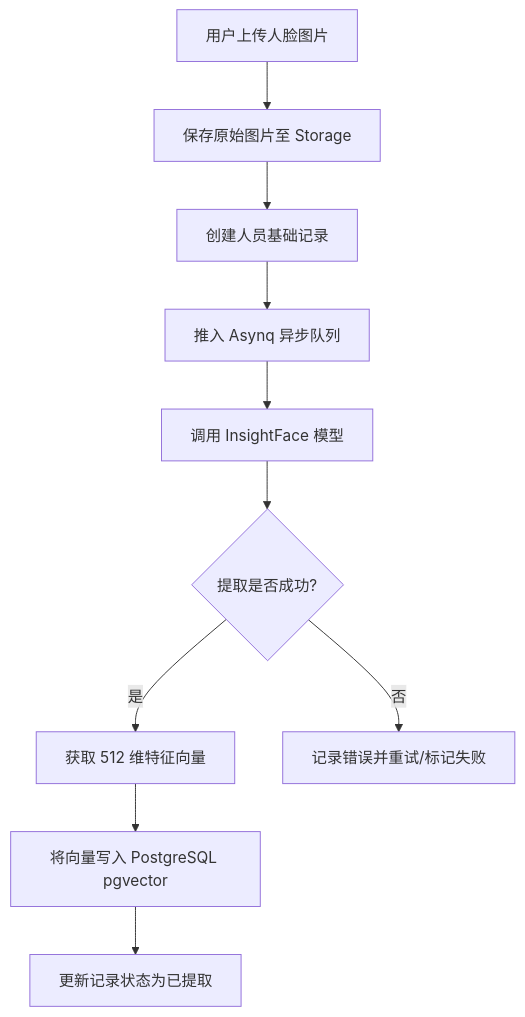
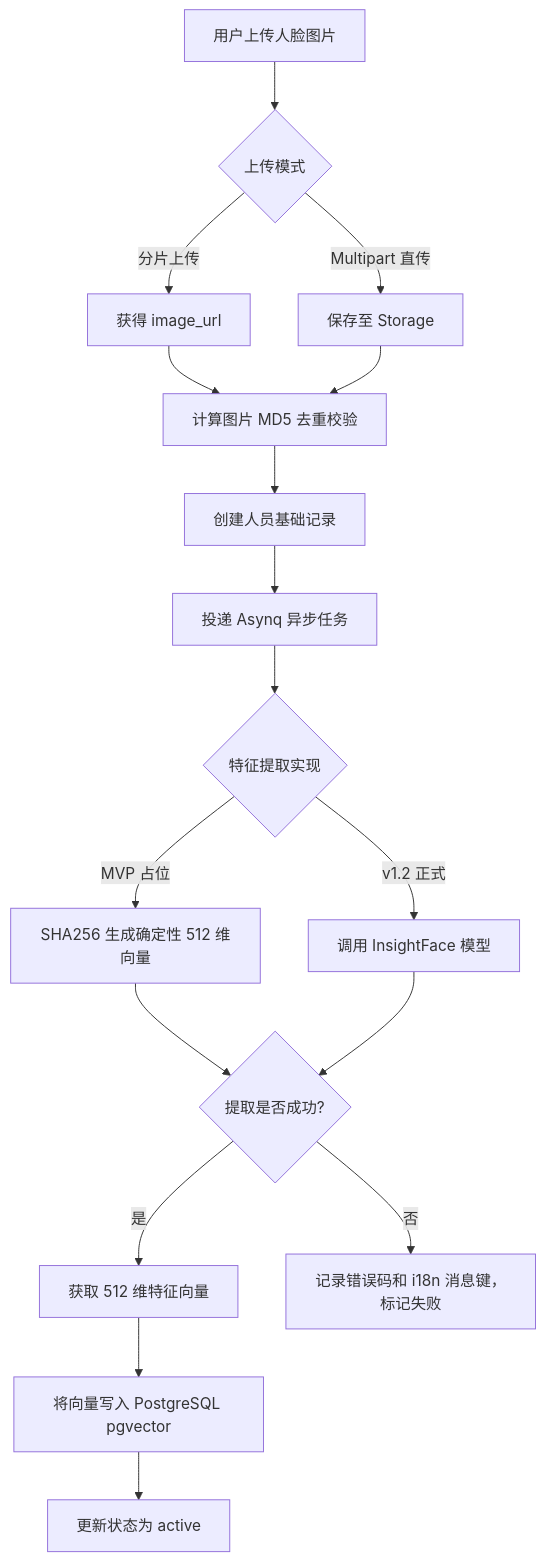
Before and after one commit to nikonikowuw/aivisioninference: the first of 8 diagrams in prd/prd-draft.md, drawn with Mermaid. The commit also changed other lines of this file, not shown here.

````diff
--- a/prd/prd-draft.md
+++ b/prd/prd-draft.md
@@ -504,12 +509,19 @@
 ```mermaid
 graph TD
-    A[用户上传人脸图片] --> B[保存原始图片至 Storage]
-    B --> C[创建人员基础记录]
-    C --> D[推入 Asynq 异步队列]
-    D --> E[调用 InsightFace 模型]
-    E --> F{提取是否成功?}
-    F -->|是| G[获取 512 维特征向量]
-    G --> H[将向量写入 PostgreSQL pgvector]
-    H --> I[更新记录状态为已提取]
-    F -->|否| J[记录错误并重试/标记失败]
+    A[用户上传人脸图片] --> B{上传模式}
+    B -->|分片上传| C1[获得 image_url]
+    B -->|Multipart 直传| C2[保存至 Storage]
+    C1 --> D[计算图片 MD5 去重校验]
+    C2 --> D
+    D --> E[创建人员基础记录]
+    E --> F[投递 Asynq 异步任务]
+    F --> G{特征提取实现}
+    G -->|MVP 占位| G1[SHA256 生成确定性 512 维向量]
+    G -->|v1.2 正式| G2[调用 InsightFace 模型]
+    G1 --> H{提取是否成功?}
+    G2 --> H
+    H -->|是| I[获取 512 维特征向量]
+    I --> J[将向量写入 PostgreSQL pgvector]
+    J --> K[更新状态为 active]
+    H -->|否| L[记录错误码和 i18n 消息键，标记失败]
 ```
````
